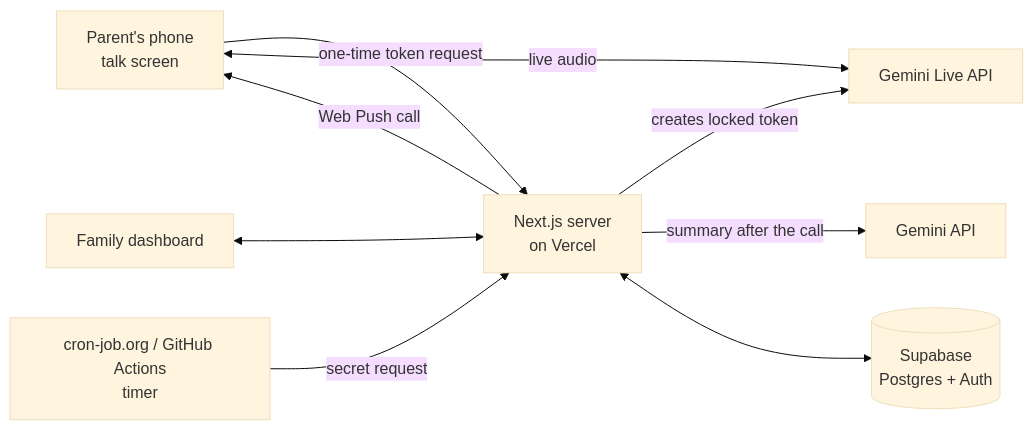
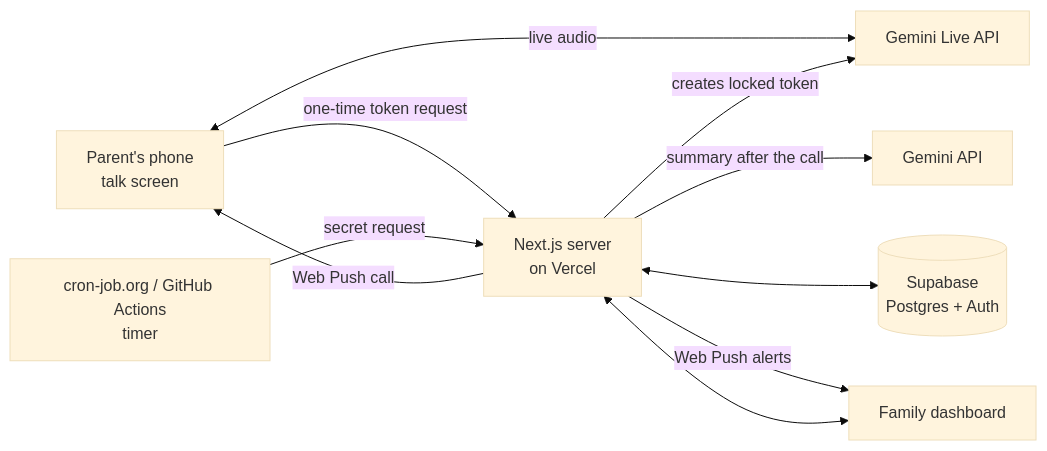
The diagram in README.md (Khadijabarki/khairiyat), drawn with Mermaid (base theme) before and after one commit. The commit also changed other lines of this file and 19 other files, not shown here.

````diff
--- a/README.md
+++ b/README.md
@@ -60,11 +61,12 @@
 ```mermaid
 flowchart LR
   P[Parent's phone<br/>talk screen] -- "one-time token request" --> S[Next.js server<br/>on Vercel]
   P <-- "live audio" --> L[Gemini Live API]
   S -- "creates locked token" --> L
   S -- "summary after the call" --> G[Gemini API]
   S <--> D[(Supabase<br/>Postgres + Auth)]
   F[Family dashboard] <--> S
   T[cron-job.org / GitHub Actions<br/>timer] -- "secret request" --> S
   S -- "Web Push call" --> P
+  S -- "Web Push alerts" --> F
 ```
````
